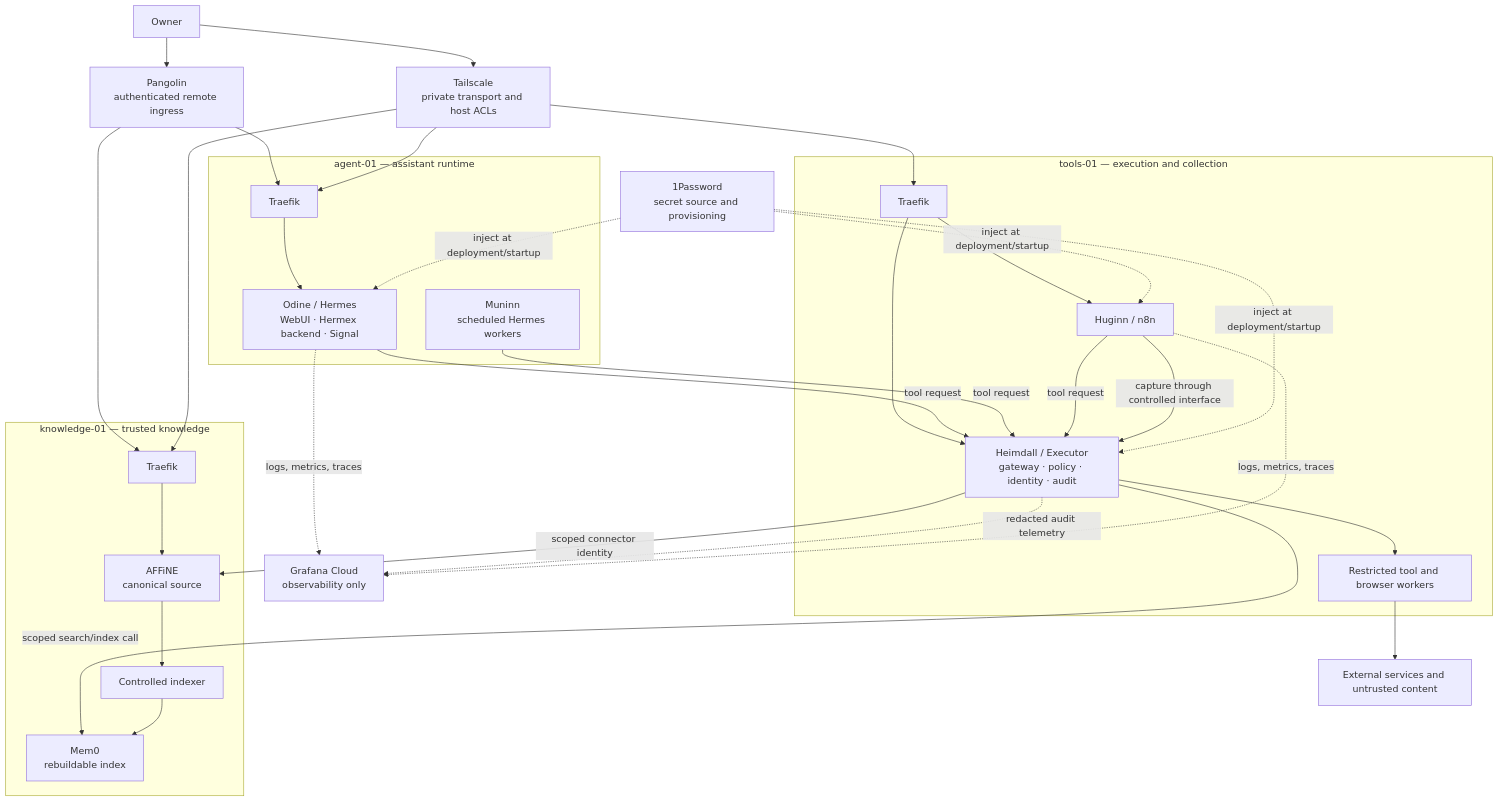
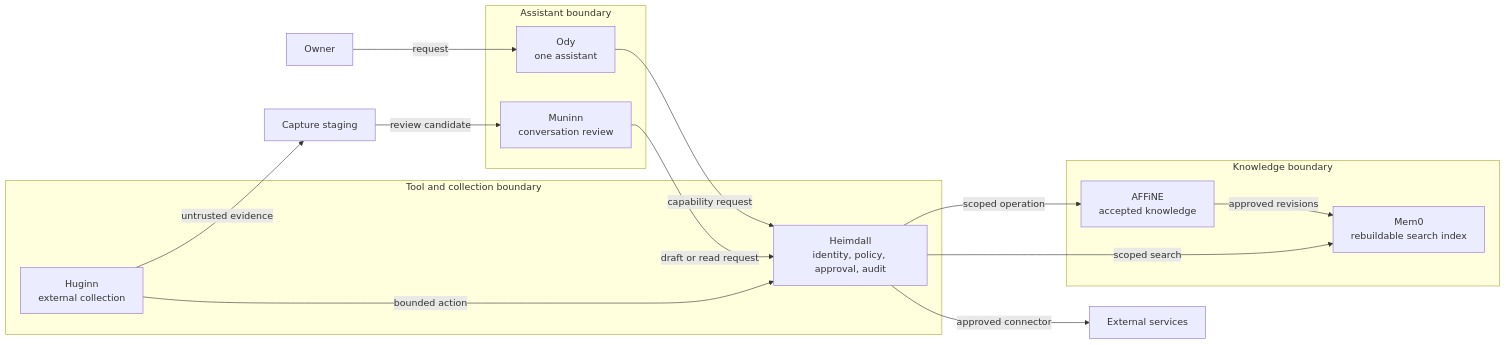
One commit to wan0net/asgard changed the first of 4 diagrams in docs/architecture.md. Above: the diagram before and after it, drawn with Mermaid. The commit also changed other lines of this file and 4 other files, not shown here.

Commit message:
Simplify architecture flows and approvals

````diff
--- a/docs/architecture.md
+++ b/docs/architecture.md
@@ -88,60 +46,29 @@
 ```mermaid
-flowchart TB
-    User["Owner"]
-    External["External services and untrusted content"]
-    GF["Grafana Cloud<br/>observability only"]
-    OP["1Password<br/>secret source and provisioning"]
-    Pangolin["Pangolin<br/>authenticated remote ingress"]
-    Tail["Tailscale<br/>private transport and host ACLs"]
+flowchart LR
+    Owner["Owner"] -->|"request"| Ody["Ody<br/>one assistant"]
 
-    subgraph Agent["agent-01 — assistant runtime"]
-        TraefikA["Traefik"]
-        Ody["Odine / Hermes<br/>WebUI · Hermex backend · Signal"]
-        Muninn["Muninn<br/>scheduled Hermes workers"]
+    subgraph Assistant["Assistant boundary"]
+        Ody
+        Muninn["Muninn<br/>conversation review"]
     end
 
-    subgraph Knowledge["knowledge-01 — trusted knowledge"]
-        TraefikK["Traefik"]
-        Affine["AFFiNE<br/>canonical source"]
-        Mem0["Mem0<br/>rebuildable index"]
-        Indexer["Controlled indexer"]
+    subgraph Tools["Tool and collection boundary"]
+        Heimdall["Heimdall<br/>identity, policy, approval, audit"]
+        Huginn["Huginn<br/>external collection"]
     end
 
-    subgraph Tools["tools-01 — execution and collection"]
-        TraefikT["Traefik"]
-        Executor["Heimdall / Executor<br/>gateway · policy · identity · audit"]
-        Huginn["Huginn / n8n"]
-        Workers["Restricted tool and browser workers"]
+    subgraph Knowledge["Knowledge boundary"]
+        Affine["AFFiNE<br/>accepted knowledge"]
+        Mem0["Mem0<br/>rebuildable search index"]
+        Affine -->|"approved revisions"| Mem0
     end
 
-    User --> Pangolin
-    User --> Tail
-    Pangolin --> TraefikA
-    Pangolin --> TraefikK
-    Tail --> TraefikA
-    Tail --> TraefikK
-    Tail --> TraefikT
-
-    TraefikA --> Ody
-    TraefikK --> Affine
-    TraefikT --> Executor
-    TraefikT --> Huginn
-
-    Ody -->|"tool request"| Executor
-    Muninn -->|"tool request"| Executor
-    Huginn -->|"tool request"| Executor
-    Executor -->|"scoped connector identity"| Affine
-    Executor -->|"scoped search/index call"| Mem0
-    Executor --> Workers
-    Workers --> External
-    Huginn -->|"capture through controlled interface"| Executor
-    Affine --> Indexer
-    Indexer --> Mem0
-
-    OP -.->|"inject at deployment/startup"| Ody
-    OP -.->|"inject at deployment/startup"| Executor
-    OP -.->|"inject at deployment/startup"| Huginn
-    Ody -.->|"logs, metrics, traces"| GF
-    Executor -.->|"redacted audit telemetry"| GF
-    Huginn -.->|"logs, metrics, traces"| GF
+    Ody -->|"capability request"| Heimdall
+    Muninn -->|"draft or read request"| Heimdall
+    Huginn -->|"bounded action"| Heimdall
+    Heimdall -->|"scoped operation"| Affine
+    Heimdall -->|"scoped search"| Mem0
+    Heimdall -->|"approved connector"| External["External services"]
+    Huginn -->|"untrusted evidence"| Staging["Capture staging"]
+    Staging -->|"review candidate"| Muninn
 ```
````
